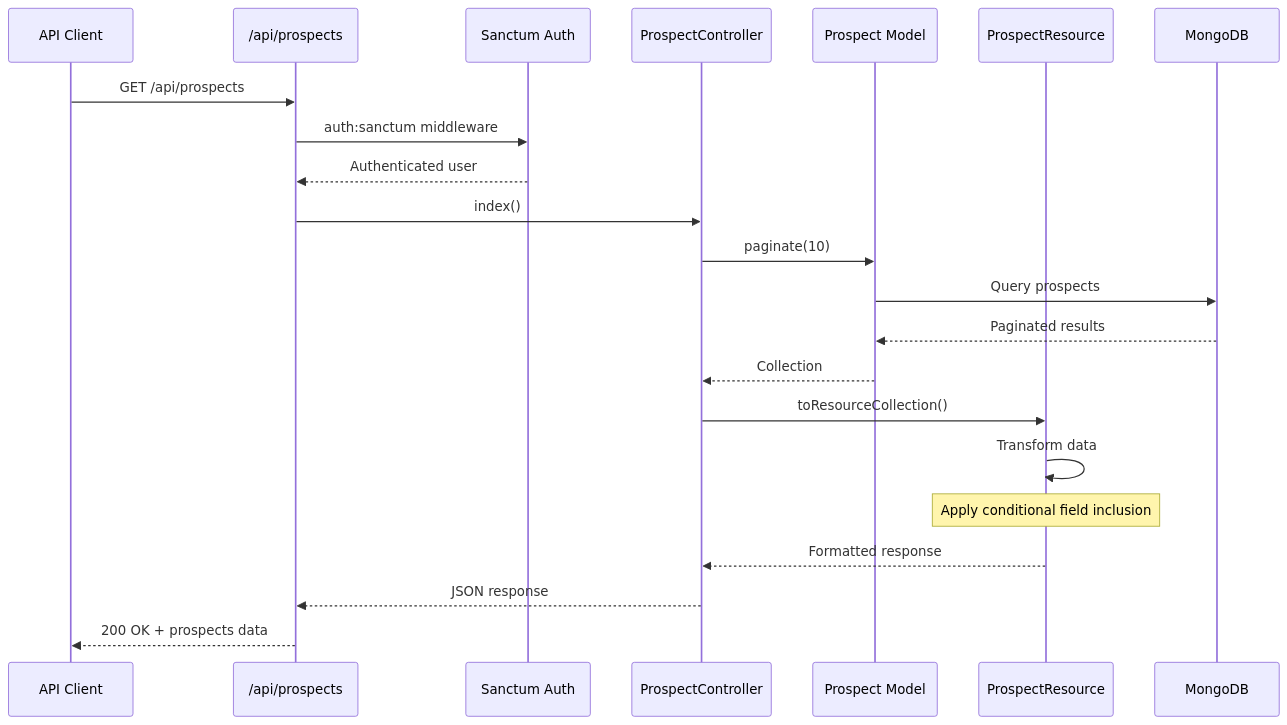
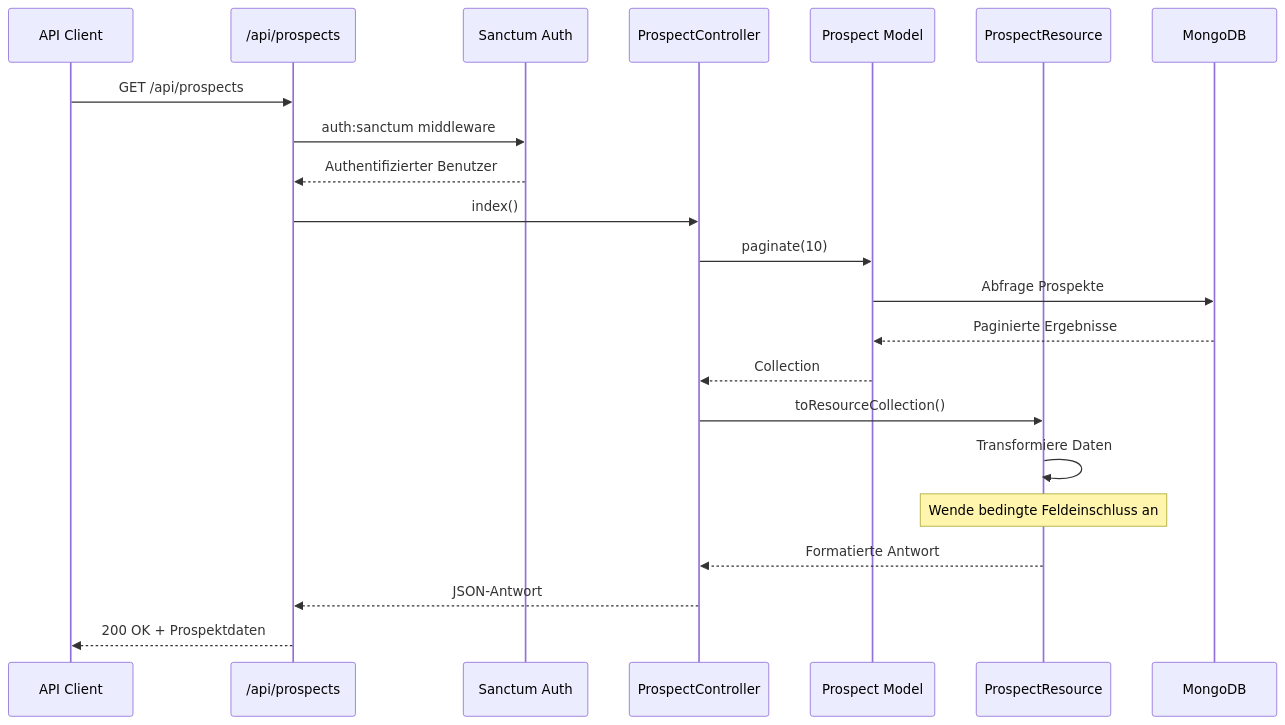
Before and after one commit to chrisoco/APDE_BE: the fourth of 7 diagrams in docs/src/Prospects.md, drawn with Mermaid. The commit also changed other lines of this file and 14 other files, not shown here.

````diff
--- a/docs/src/Prospects.md
+++ b/docs/src/Prospects.md
@@ -218,28 +218,28 @@
 ```mermaid
 sequenceDiagram
     participant Client as API Client
     participant Route as /api/prospects
     participant Auth as Sanctum Auth
     participant Controller as ProspectController
     participant Model as Prospect Model
     participant Resource as ProspectResource
     participant DB as MongoDB
 
     Client->>Route: GET /api/prospects
     Route->>Auth: auth:sanctum middleware
-    Auth-->>Route: Authenticated user
-    
+    Auth-->>Route: Authentifizierter Benutzer
+
     Route->>Controller: index()
     Controller->>Model: paginate(10)
-    Model->>DB: Query prospects
-    DB-->>Model: Paginated results
+    Model->>DB: Abfrage Prospekte
+    DB-->>Model: Paginierte Ergebnisse
     Model-->>Controller: Collection
-    
+
     Controller->>Resource: toResourceCollection()
-    Resource->>Resource: Transform data
-    Note over Resource: Apply conditional field inclusion
-    
-    Resource-->>Controller: Formatted response
-    Controller-->>Route: JSON response
-    Route-->>Client: 200 OK + prospects data
+    Resource->>Resource: Transformiere Daten
+    Note over Resource: Wende bedingte Feldeinschluss an
+
+    Resource-->>Controller: Formatierte Antwort
+    Controller-->>Route: JSON-Antwort
+    Route-->>Client: 200 OK + Prospektdaten
 ```
````
